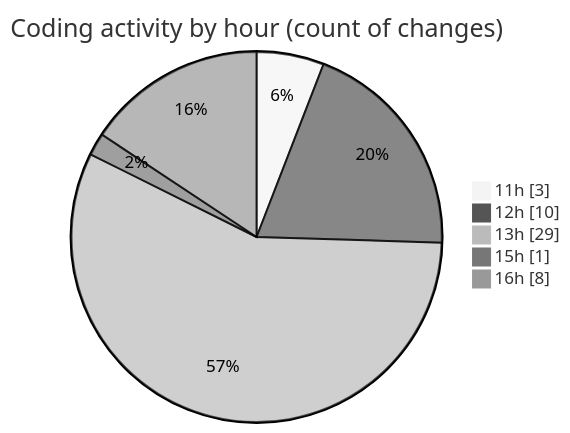
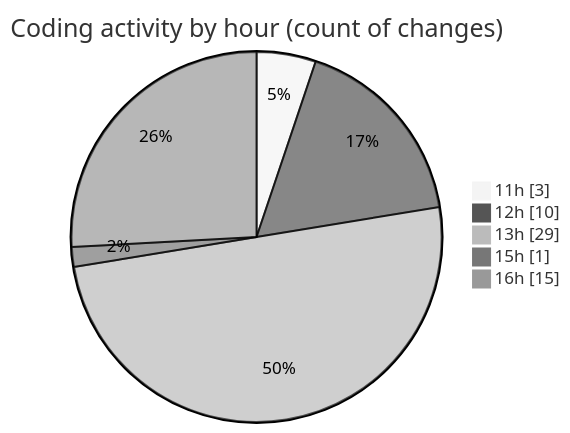
Before and after one commit to nxtqubesakshisongat/code-tracking: the second of 2 diagrams in 2025-09-09/nxtqube_webapp/README.md, drawn with Mermaid (neutral theme). The commit also changed other lines of this file and 1 other file, not shown here.

````diff
--- a/2025-09-09/nxtqube_webapp/README.md
+++ b/2025-09-09/nxtqube_webapp/README.md
@@ -30,9 +30,9 @@
 ```mermaid
 pie showData
 title Coding activity by hour (count of changes)
 "11h" : 3
 "12h" : 10
 "13h" : 29
 "15h" : 1
-"16h" : 8
+"16h" : 15
 ```
````
